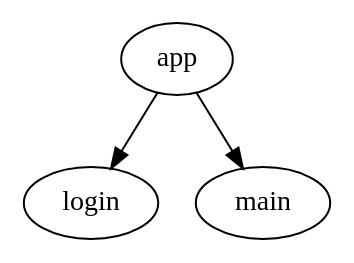
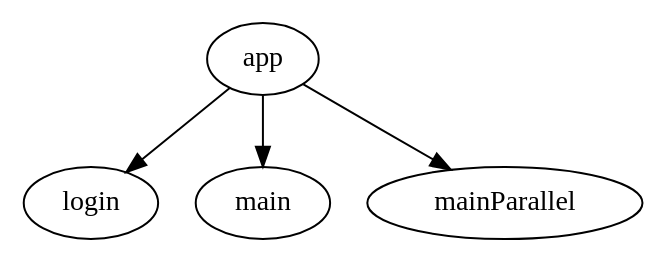
The diagram in sample-compose/app/routing/src/main/way/app-flow.dot (appKODE/way), drawn with Graphviz before and after one commit. The commit also changed 30 other files, not shown here.

Commit message:
Start adding parallel flow node sample

```diff
--- a/sample-compose/app/routing/src/main/way/app-flow.dot
+++ b/sample-compose/app/routing/src/main/way/app-flow.dot
@@ -1,10 +1,12 @@
 digraph App {
   package = "ru.kode.way.sample.compose.app.routing"
 
   app [type=flow]
   login [type=schema, resultType = "ru.kode.way.sample.compose.login.routing.LoginFlowResult"]
   main [type=schema, resultType = "ru.kode.way.sample.compose.main.routing.MainFlowResult"]
+  mainParallel [type=schema]
 
   app -> login
   app -> main
+  app -> mainParallel
 }
```
